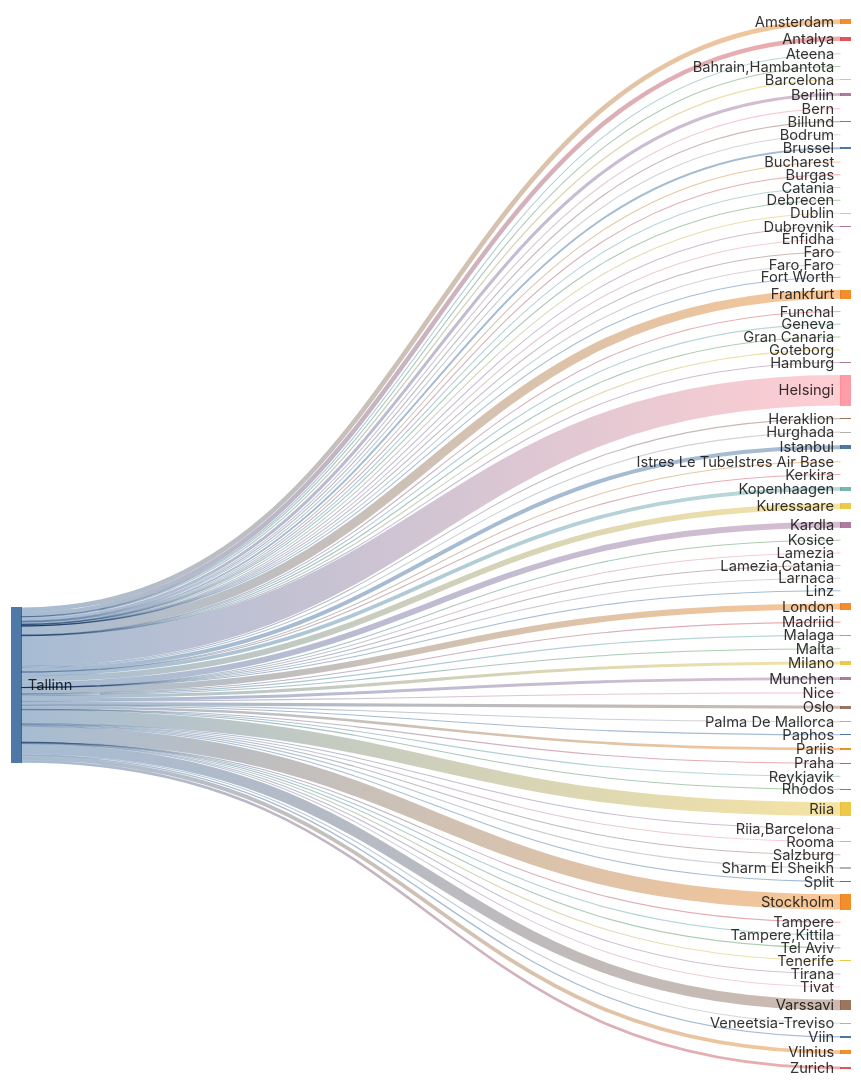
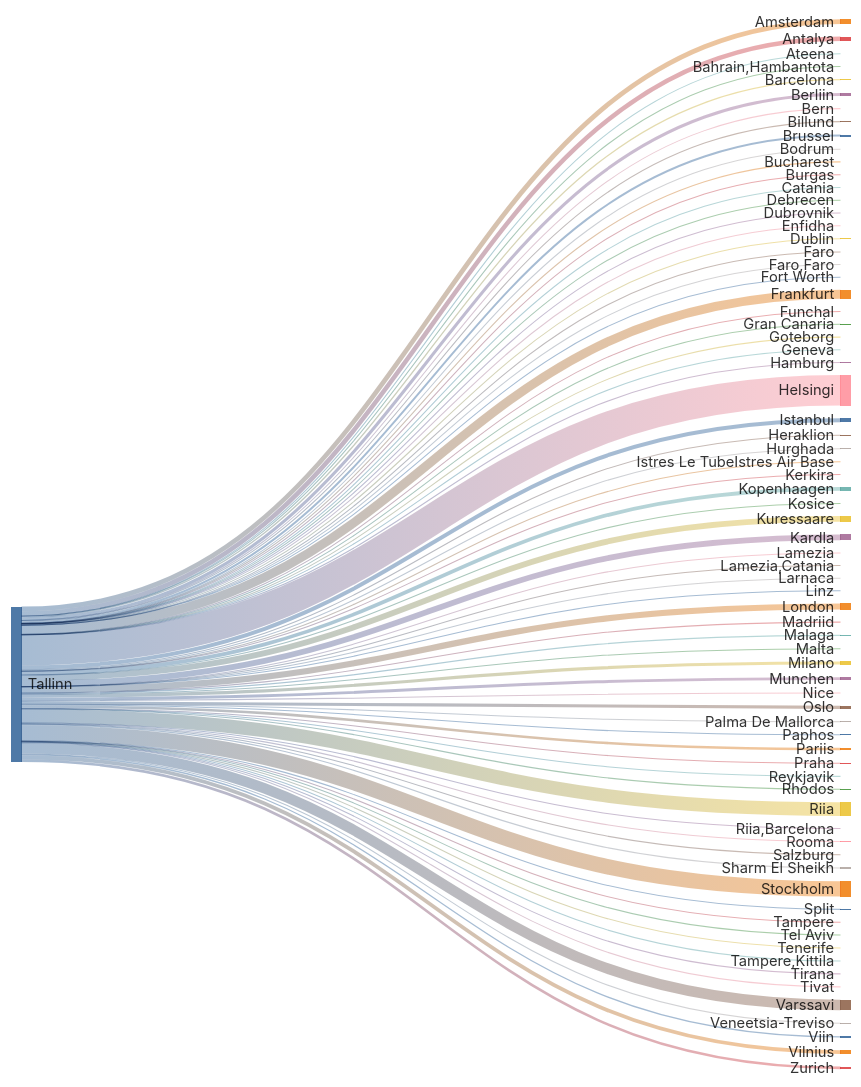
The second of 2 diagrams in README.md (rainermesi/tll-airport-departures), drawn with Mermaid before and after one commit. The commit also changed other lines of this file and 1 other file, not shown here.

````diff
--- a/README.md
+++ b/README.md
@@ -41,18 +41,18 @@
 ---
 sankey-beta
 %% source,target,value
-Tallinn,Amsterdam,389
-Tallinn,Antalya,372
+Tallinn,Amsterdam,391
+Tallinn,Antalya,373
 Tallinn,Ateena,16
 Tallinn,"Bahrain,Hambantota",1
 Tallinn,Barcelona,109
-Tallinn,Berliin,252
+Tallinn,Berliin,254
 Tallinn,Bern,1
 Tallinn,Billund,64
 Tallinn,Bodrum,11
 Tallinn,Brussel,161
 Tallinn,Bucharest,1
-Tallinn,Burgas,38
+Tallinn,Burgas,39
 Tallinn,Catania,2
 Tallinn,Debrecen,1
 Tallinn,Dublin,81
@@ -61,58 +61,58 @@
 Tallinn,Faro,4
 Tallinn,"Faro,Faro",1
 Tallinn,Fort Worth,1
-Tallinn,Frankfurt,742
+Tallinn,Frankfurt,744
 Tallinn,Funchal,5
 Tallinn,Geneva,13
 Tallinn,Gran Canaria,38
 Tallinn,Goteborg,1
 Tallinn,Hamburg,2
-Tallinn,Helsingi,2510
-Tallinn,Heraklion,73
+Tallinn,Helsingi,2521
+Tallinn,Heraklion,74
 Tallinn,Hurghada,75
-Tallinn,Istanbul,332
+Tallinn,Istanbul,333
 Tallinn,Istres Le TubeIstres Air Base,2
 Tallinn,Kerkira,4
-Tallinn,Kopenhaagen,307
+Tallinn,Kopenhaagen,308
 Tallinn,Kosice,1
-Tallinn,Kuressaare,481
-Tallinn,Kardla,481
+Tallinn,Kuressaare,483
+Tallinn,Kardla,483
 Tallinn,Lamezia,1
 Tallinn,"Lamezia,Catania",3
 Tallinn,Larnaca,4
 Tallinn,Linz,2
-Tallinn,London,504
+Tallinn,London,505
 Tallinn,Madriid,1
 Tallinn,Malaga,99
 Tallinn,Malta,22
-Tallinn,Milano,258
-Tallinn,Munchen,240
-Tallinn,Nice,38
-Tallinn,Oslo,259
+Tallinn,Milano,259
+Tallinn,Munchen,242
+Tallinn,Nice,39
+Tallinn,Oslo,260
 Tallinn,Palma De Mallorca,26
 Tallinn,Paphos,66
-Tallinn,Pariis,210
+Tallinn,Pariis,211
 Tallinn,Praha,66
-Tallinn,Reykjavik,6
+Tallinn,Reykjavik,7
 Tallinn,Rhodos,46
-Tallinn,Riia,1129
+Tallinn,Riia,1133
 Tallinn,"Riia,Barcelona",1
 Tallinn,Rooma,80
 Tallinn,Salzburg,14
 Tallinn,Sharm El Sheikh,97
 Tallinn,Split,39
-Tallinn,Stockholm,1264
+Tallinn,Stockholm,1267
 Tallinn,Tampere,17
 Tallinn,"Tampere,Kittila",21
 Tallinn,Tel Aviv,1
 Tallinn,Tenerife,58
-Tallinn,Tirana,19
+Tallinn,Tirana,20
 Tallinn,Tivat,46
-Tallinn,Varssavi,867
+Tallinn,Varssavi,870
 Tallinn,Veneetsia-Treviso,67
 Tallinn,Viin,106
-Tallinn,Vilnius,310
-Tallinn,Zurich,216
+Tallinn,Vilnius,312
+Tallinn,Zurich,217
 
 
 ```
````
